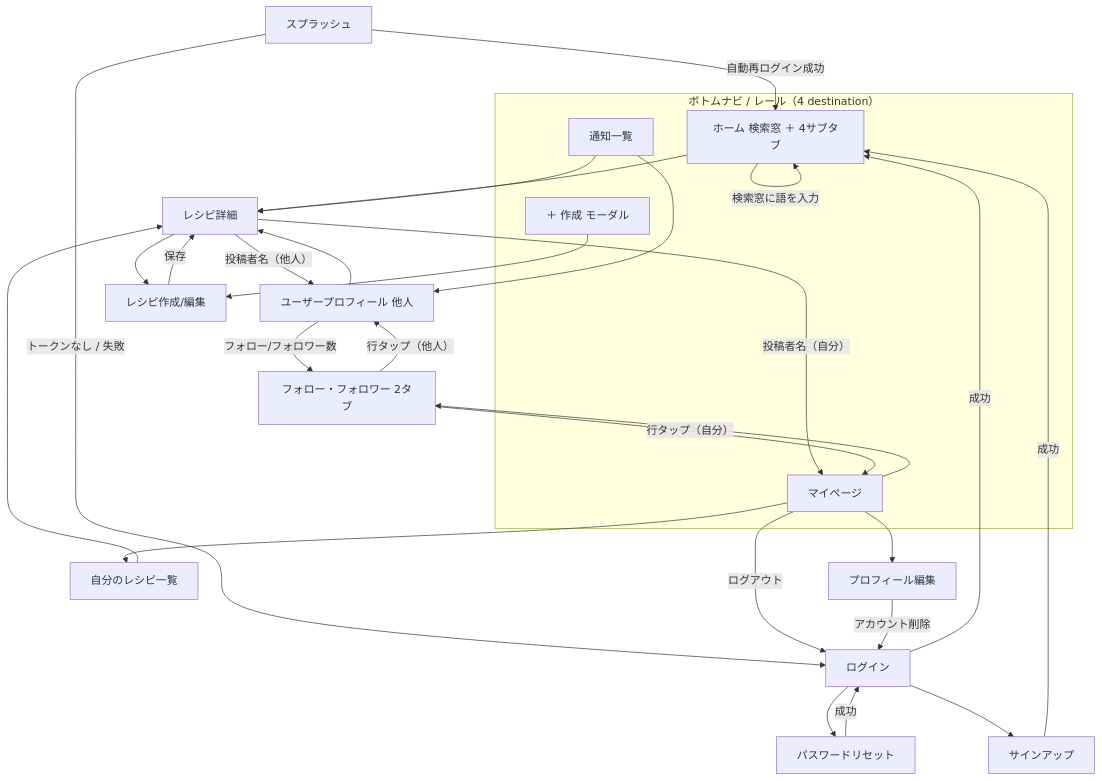
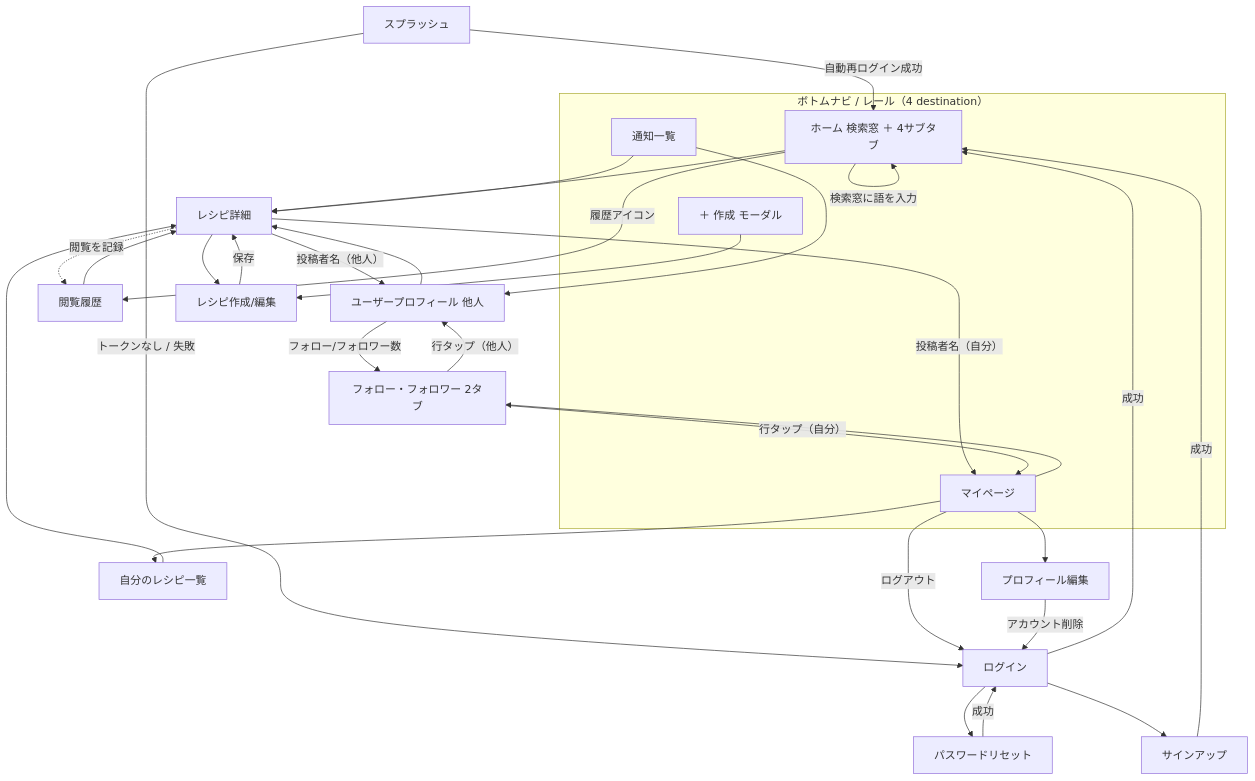
Before and after one commit to yamamotonaoki3/Recipi: the first of 7 diagrams in docs/requirements/screens/transitions.md, drawn with Mermaid. The commit also changed 18 other files, not shown here.

````diff
--- a/docs/requirements/screens/transitions.md
+++ b/docs/requirements/screens/transitions.md
@@ -7,40 +7,43 @@
 ```mermaid
 flowchart TD
     Splash[スプラッシュ]
     Splash -->|自動再ログイン成功| Home
     Splash -->|トークンなし / 失敗| Login[ログイン]
 
     Login --> Signup[サインアップ]
     Login --> PwReset[パスワードリセット]
     Login -->|成功| Home
     Signup -->|成功| Home
     PwReset -->|成功| Login
 
     subgraph BottomNav[ボトムナビ / レール（4 destination）]
       Home[ホーム 検索窓 ＋ 4サブタブ]
       Create[＋ 作成 モーダル]
       Notif[通知一覧]
       MyPage[マイページ]
     end
 
     Home -->|検索窓に語を入力| Home
     Home --> Detail[レシピ詳細]
+    Home -->|履歴アイコン| History[閲覧履歴]
+    History --> Detail
+    Detail -.->|閲覧を記録| History
     Notif --> Detail
     Notif --> UserProfile[ユーザープロフィール 他人]
     MyPage --> MyRecipes[自分のレシピ一覧]
     MyPage --> Connections[フォロー・フォロワー 2タブ]
     MyPage --> ProfileEdit[プロフィール編集]
     MyPage -->|ログアウト| Login
 
     Detail --> Editor[レシピ作成/編集]
     Create --> Editor
     Editor -->|保存| Detail
     Detail -->|投稿者名（他人）| UserProfile
     Detail -->|投稿者名（自分）| MyPage
     MyRecipes --> Detail
     UserProfile --> Detail
     UserProfile -->|フォロー/フォロワー数| Connections
     Connections -->|行タップ（他人）| UserProfile
     Connections -->|行タップ（自分）| MyPage
     ProfileEdit -->|アカウント削除| Login
 ```
````
